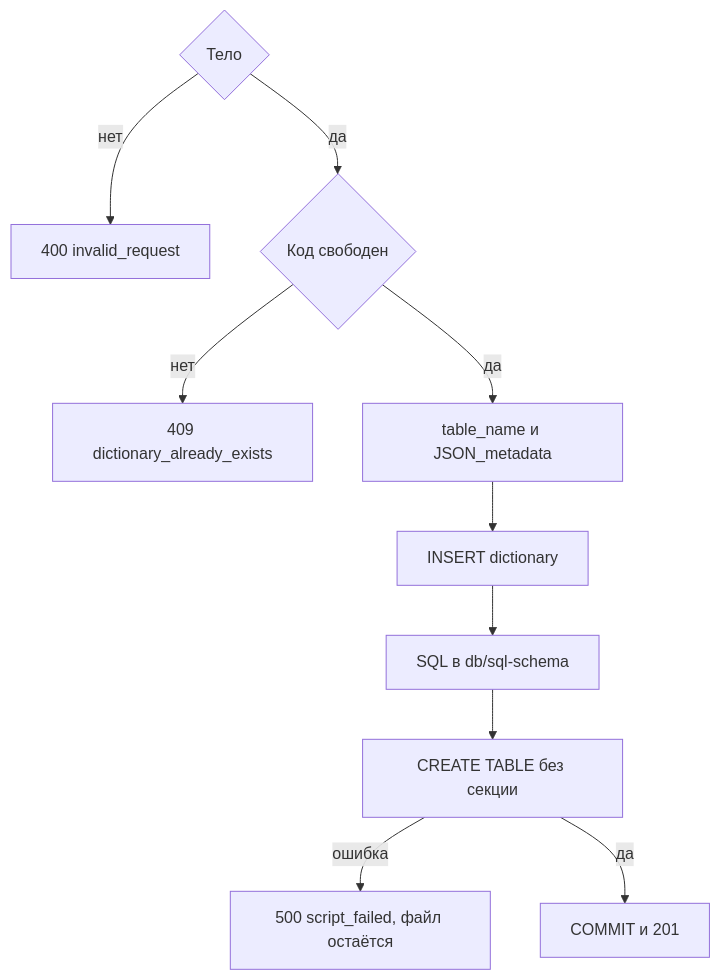
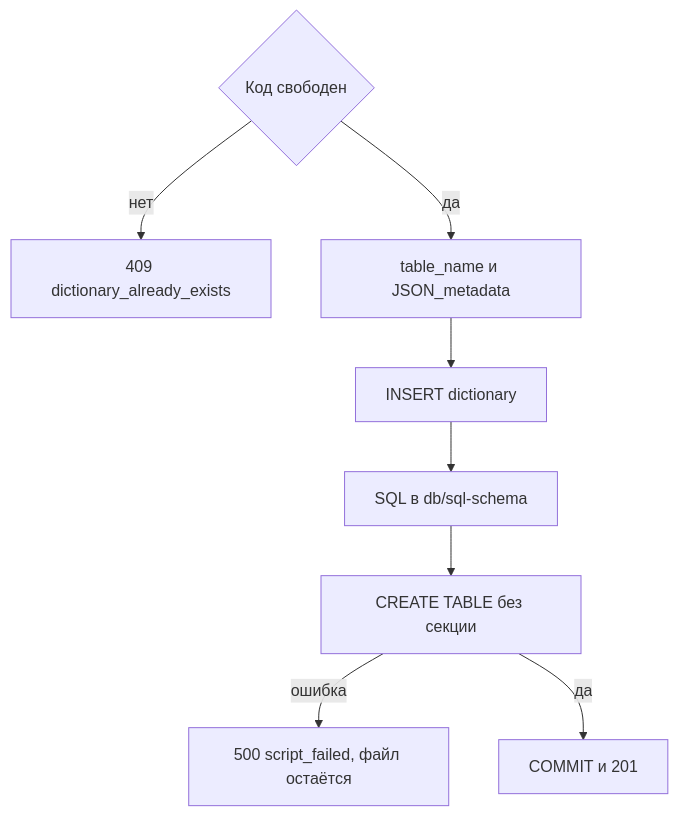
One commit to StrannikE95/reference_data changed the diagram in docs/1. functional/v3/management.api/MetadataController/post_passports.md. Above: the diagram before and after it, drawn with Mermaid. The commit also changed other lines of this file and 8 other files, not shown here.

````diff
--- a/docs/1. functional/v3/management.api/MetadataController/post_passports.md
+++ b/docs/1. functional/v3/management.api/MetadataController/post_passports.md
@@ -88,12 +93,10 @@
 ```mermaid
 flowchart TD
-  body{"Тело"} -->|нет| bad["400 invalid_request"]
-  body -->|да| uniq{"Код свободен"}
-  uniq -->|нет| exists["409 dictionary_already_exists"]
+  uniq{"Код свободен"} -->|нет| exists["409 dictionary_already_exists"]
   uniq -->|да| meta["table_name и JSON_metadata"]
   meta --> row["INSERT dictionary"]
   row --> file["SQL в db/sql-schema"]
   file --> exec["CREATE TABLE без секции"]
   exec -->|ошибка| keep["500 script_failed, файл остаётся"]
   exec -->|да| ok["COMMIT и 201"]
 ```
````
